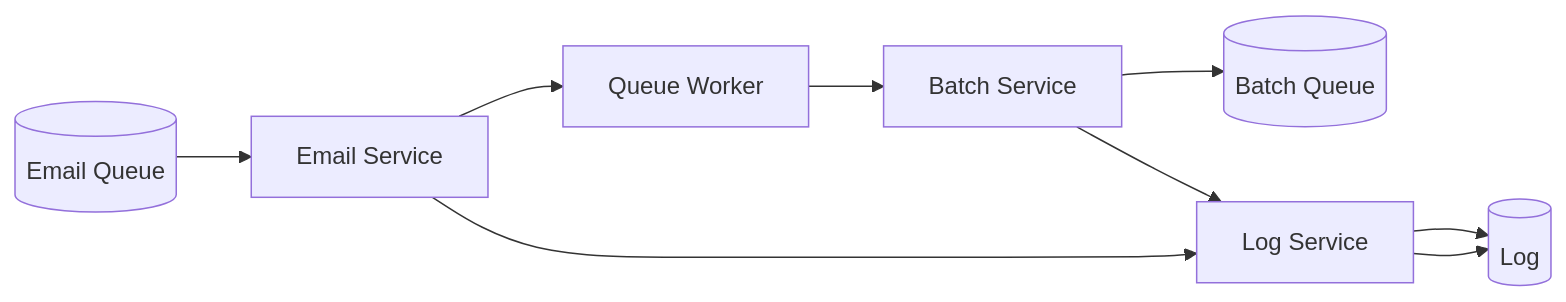
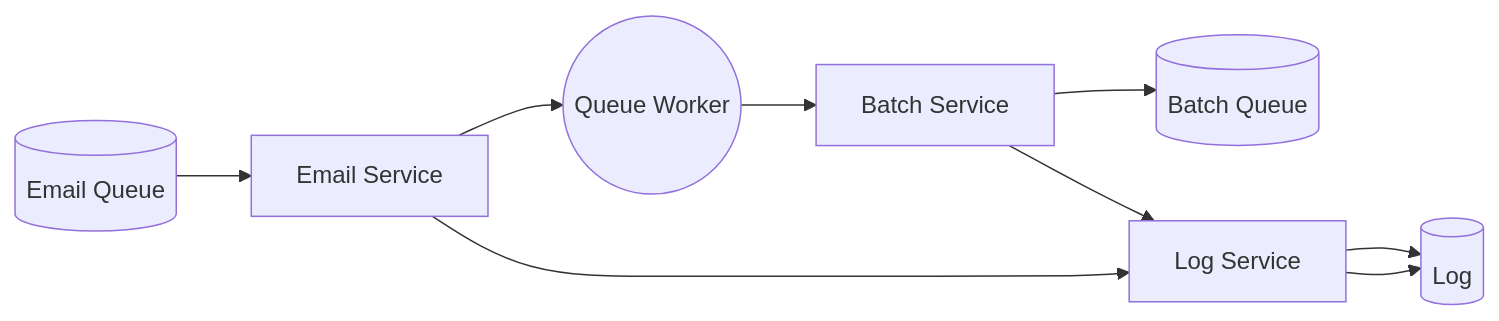
Before and after one commit to ad-developer/email-queue: the second of 2 diagrams in README.md, drawn with Mermaid. The commit also changed other lines of this file and 43 other files, not shown here.

````diff
--- a/README.md
+++ b/README.md
@@ -18,7 +18,7 @@
 ```mermaid
 graph LR
-    emailQueue[(Email Queue)] --> emailService[Email Service] --> queueWorker[Queue Worker] --> batchService[Batch Service] --> batchQueue[(Batch Queue)];
+    emailQueue[(Email Queue)] --> emailService[Email Service] --> queueWorker((Queue Worker)) --> batchService[Batch Service] --> batchQueue[(Batch Queue)];
     emailService --> logService[Log Service] --> Log[(Log)];
     batchService --> logService --> Log
    
 ```
````
